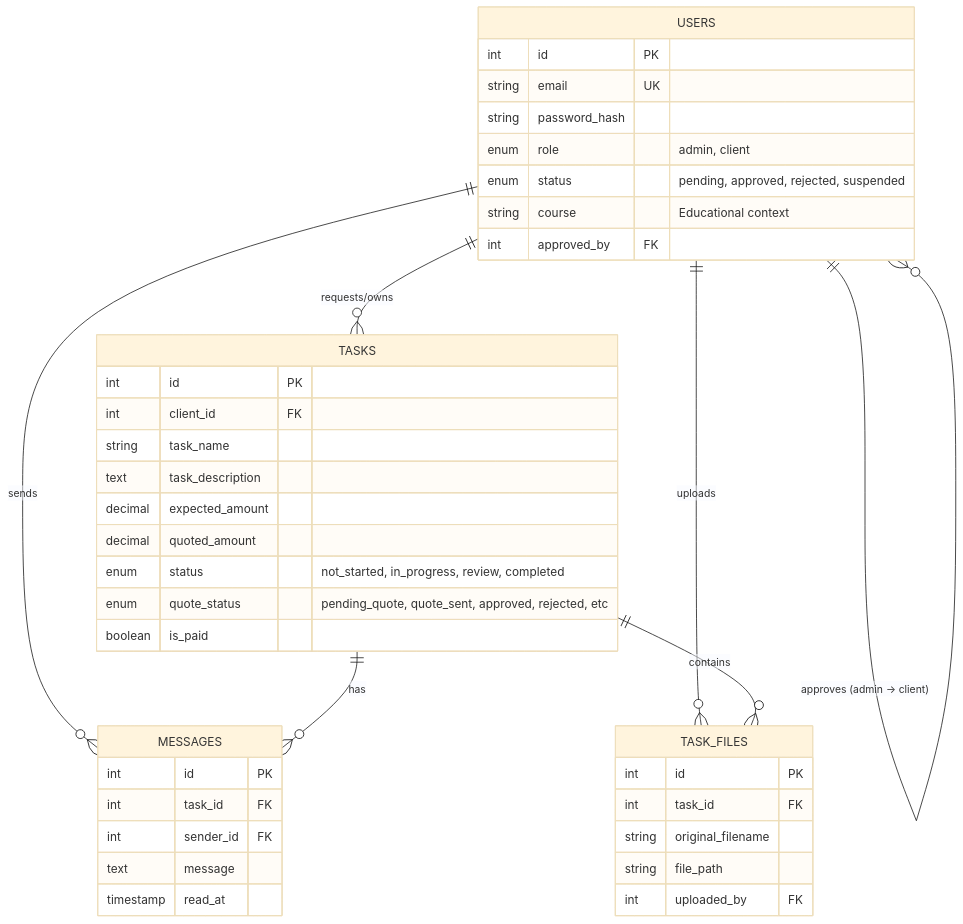
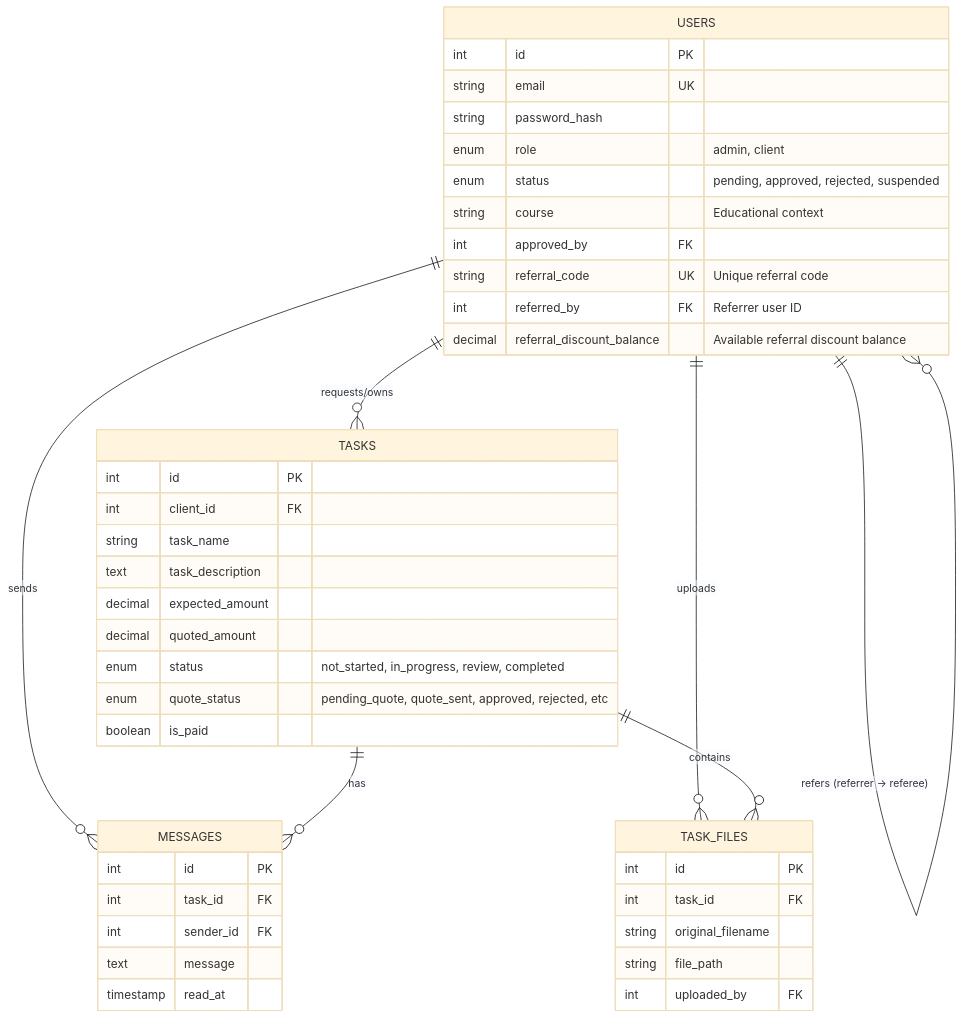
One commit to Paul-Karonji/Ktrack changed the diagram in DATABASE_SCHEMA.md. Above: the diagram before and after it, drawn with Mermaid (base theme). The commit also changed other lines of this file and 13 other files, not shown here.

````diff
--- a/DATABASE_SCHEMA.md
+++ b/DATABASE_SCHEMA.md
@@ -8,47 +8,51 @@
 ```mermaid
 erDiagram
     USERS ||--o{ TASKS : "requests/owns"
     USERS ||--o{ MESSAGES : "sends"
     USERS ||--o{ TASK_FILES : "uploads"
     USERS ||--o{ USERS : "approves (admin -> client)"
+    USERS ||--o{ USERS : "refers (referrer -> referee)"
     TASKS ||--o{ MESSAGES : "has"
     TASKS ||--o{ TASK_FILES : "contains"
 
     USERS {
         int id PK
         string email UK
         string password_hash
         enum role "admin, client"
         enum status "pending, approved, rejected, suspended"
         string course "Educational context"
         int approved_by FK
+        string referral_code UK "Unique referral code"
+        int referred_by FK "Referrer user ID"
+        decimal referral_discount_balance "Available referral discount balance"
     }
 
     TASKS {
         int id PK
         int client_id FK
         string task_name
         text task_description
         decimal expected_amount
         decimal quoted_amount
         enum status "not_started, in_progress, review, completed"
         enum quote_status "pending_quote, quote_sent, approved, rejected, etc"
         boolean is_paid
     }
 
     MESSAGES {
         int id PK
         int task_id FK
         int sender_id FK
         text message
         timestamp read_at
     }
 
     TASK_FILES {
         int id PK
         int task_id FK
         string original_filename
         string file_path
         int uploaded_by FK
     }
 ```
````
